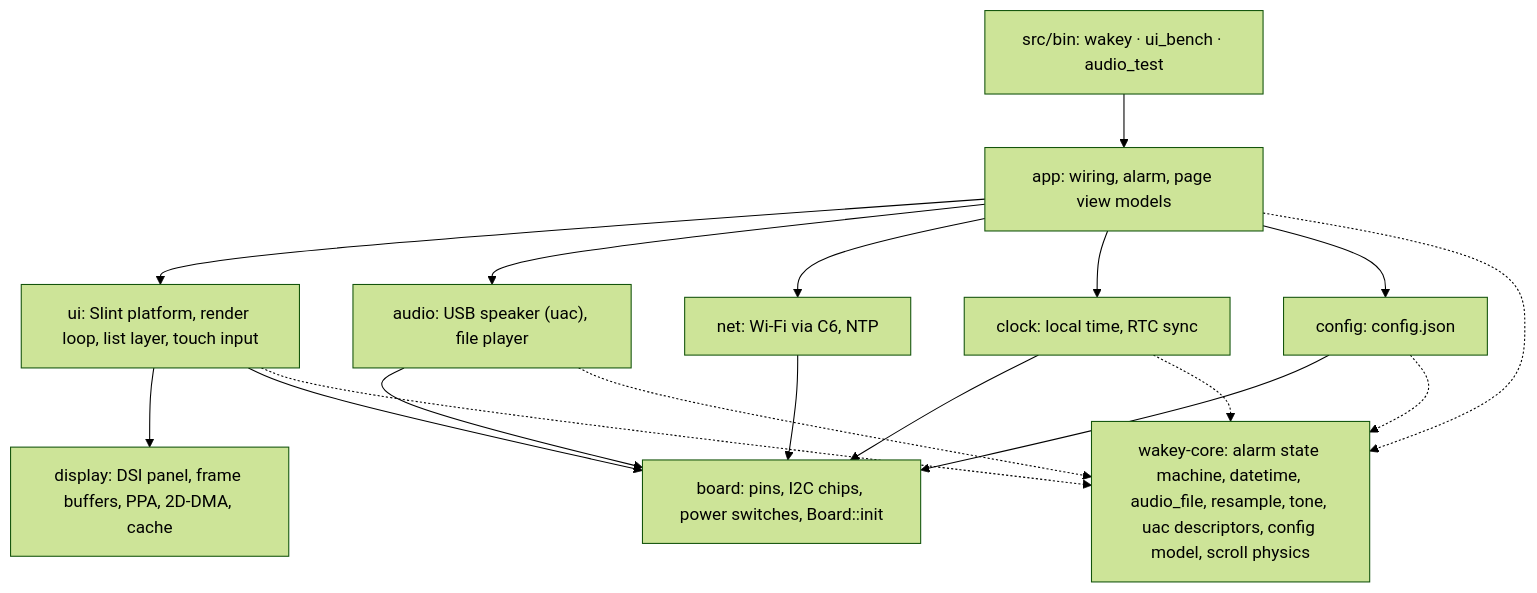
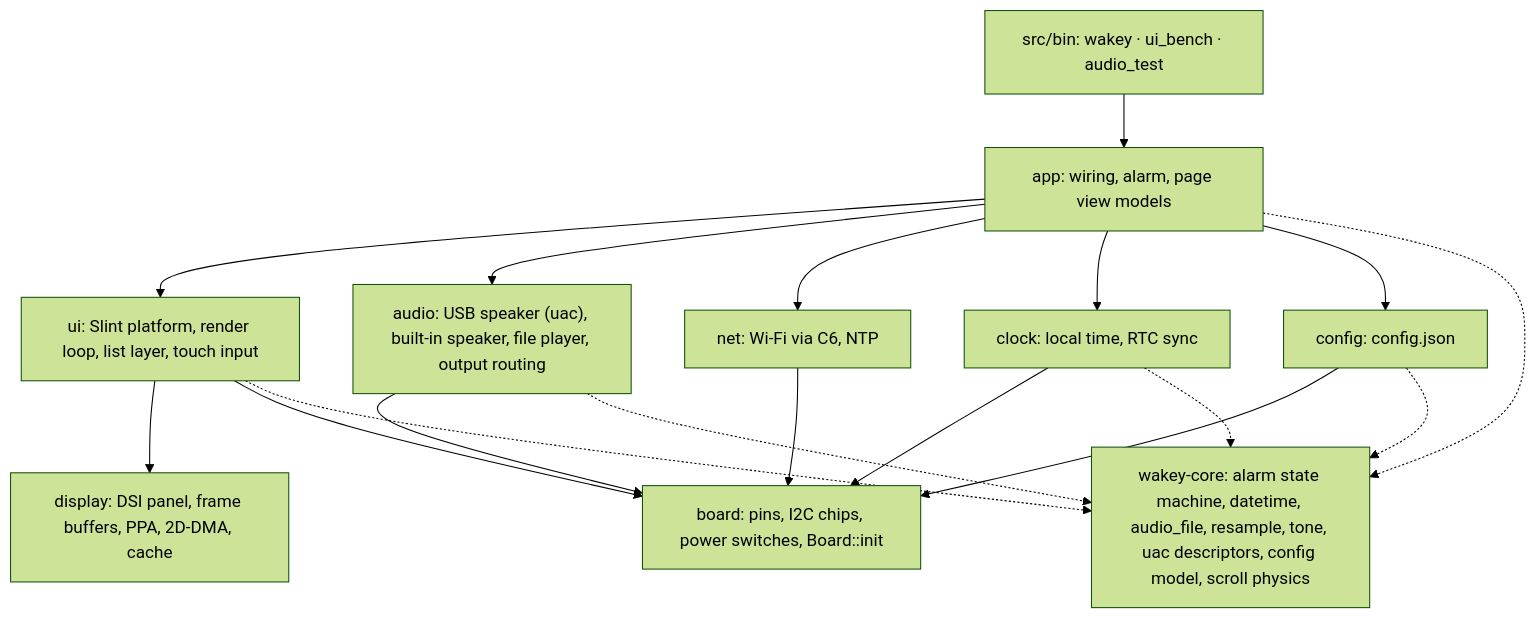
One commit to wackazong/wakey changed the first of 3 diagrams in docs/architecture.md. Above: the diagram before and after it, drawn with Mermaid (forest theme). The commit also changed other lines of this file and 11 other files, not shown here.

First line of the commit message:
feat(audio): built-in speaker as the alarm speaker without a USB speaker

````diff
--- a/docs/architecture.md
+++ b/docs/architecture.md
@@ -33,13 +33,13 @@
 ```mermaid
 flowchart TD
     BIN["src/bin: wakey · ui_bench · audio_test"] --> APP
     APP["app: wiring, alarm, page view models"] --> UI & AUDIO & NET & CLOCK & CONFIG
     UI["ui: Slint platform, render loop, list layer, touch input"] --> DISPLAY & BOARD
-    AUDIO["audio: USB speaker (uac), file player"] --> BOARD
+    AUDIO["audio: USB speaker (uac), built-in speaker, file player, output routing"] --> BOARD
     NET["net: Wi-Fi via C6, NTP"] --> BOARD
     CLOCK["clock: local time, RTC sync"] --> BOARD
     CONFIG["config: config.json"] --> BOARD
     BOARD["board: pins, I2C chips, power switches, Board::init"]
     DISPLAY["display: DSI panel, frame buffers, PPA, 2D-DMA, cache"]
     APP & UI & AUDIO & CLOCK & CONFIG -.-> CORE["wakey-core: alarm state machine, datetime, audio_file, resample, tone, uac descriptors, config model, scroll physics"]
 ```
````
